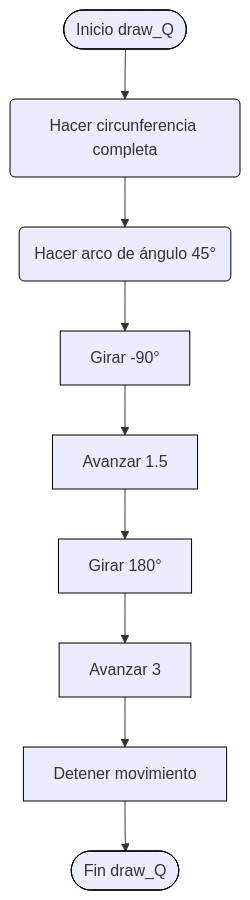
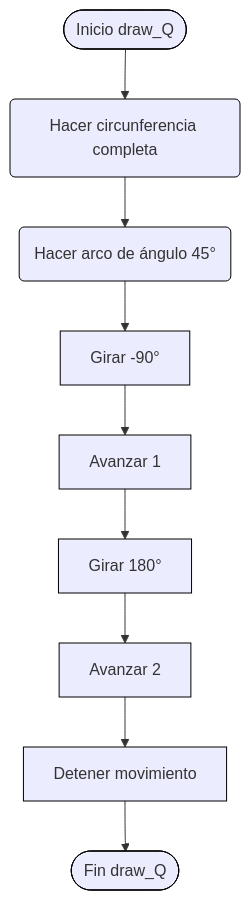
Before and after one commit to Sr0AF/Rob-tica---2025-I---Laboratorio-No.-01: the fifth of 9 diagrams in README.md, drawn with Mermaid. The commit also changed other lines of this file, not shown here.

````diff
--- a/README.md
+++ b/README.md
@@ -255,28 +255,28 @@
 ```mermaid
 flowchart TD
     B["Hacer circunferencia completa"] --> C("Hacer arco de ángulo 45°")
     n1(["Inicio draw_Q"]) --> B
-    n2["Girar -90°"] --> n3["Avanzar 1.5"]
+    n2["Girar -90°"] --> n3["Avanzar 1"]
     C --> n2
     n3 --> n9["Girar 180°"]
-    n9 --> n10["Avanzar 3"]
+    n9 --> n10["Avanzar 2"]
     n10 --> n11["Detener movimiento"]
     n11 --> n8(["Fin draw_Q"])
 
     B@{ shape: rounded}
     classDef green fill:#B2DFDB,stroke:#00897B,stroke-width:2px
     classDef orange fill:#FFE0B2,stroke:#FB8C00,stroke-width:2px
     classDef blue fill:#BBDEFB,stroke:#1976D2,stroke-width:2px
     classDef yellow fill:#FFF9C4,stroke:#FBC02D,stroke-width:2px
     classDef pink fill:#F8BBD0,stroke:#C2185B,stroke-width:2px
     classDef purple fill:#E1BEE7,stroke:#8E24AA,stroke-width:2px
     style B stroke-width:1px,stroke-dasharray: 0,stroke:#000000
     style C stroke:#000000,stroke-width:1px,stroke-dasharray: 0
     style n1 stroke:#000000,stroke-width:1px,stroke-dasharray: 0
     style n2 stroke-width:1px,stroke-dasharray: 0,stroke:#000000
     style n3 stroke-width:1px,stroke-dasharray: 0,stroke:#000000
     style n9 stroke-width:1px,stroke-dasharray: 0,stroke:#000000
     style n10 stroke-width:1px,stroke-dasharray: 0,stroke:#000000
     style n11 stroke-width:1px,stroke-dasharray: 0,stroke:#000000
     style n8 stroke-width:1px,stroke-dasharray: 0,stroke:#000000
 ```
````
